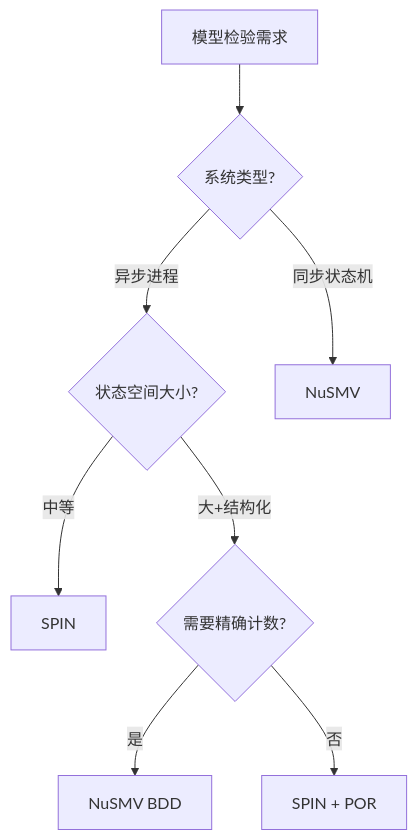
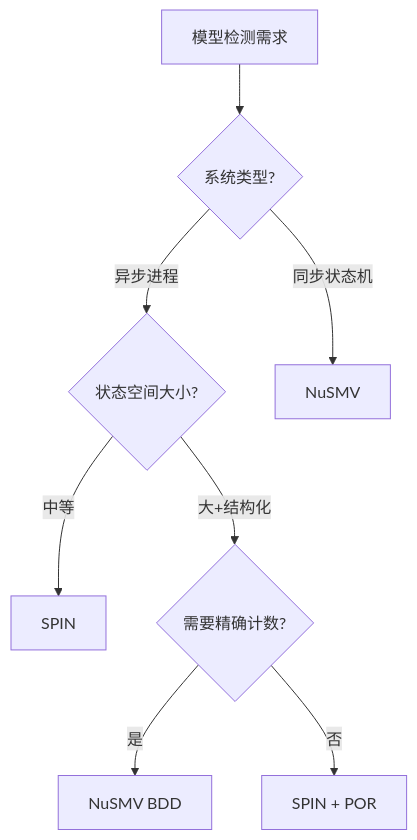
Before and after one commit to AdaMartin18010/AnalysisDataFlow: the second of 4 diagrams in formal-methods/06-tools/academic/01-spin-nusmv.md, drawn with Mermaid. The commit also changed other lines of this file and 129 other files, not shown here.

````diff
--- a/formal-methods/06-tools/academic/01-spin-nusmv.md
+++ b/formal-methods/06-tools/academic/01-spin-nusmv.md
@@ -124,12 +124,12 @@
 ```mermaid
 flowchart TD
-    A[模型检验需求] --> B{系统类型?}
+    A[模型检测需求] --> B{系统类型?}
     B -->|异步进程| C{状态空间大小?}
     B -->|同步状态机| D[NuSMV]
 
     C -->|中等| E[SPIN]
     C -->|大+结构化| F{需要精确计数?}
 
     F -->|是| G[NuSMV BDD]
     F -->|否| H[SPIN + POR]
 ```
````
